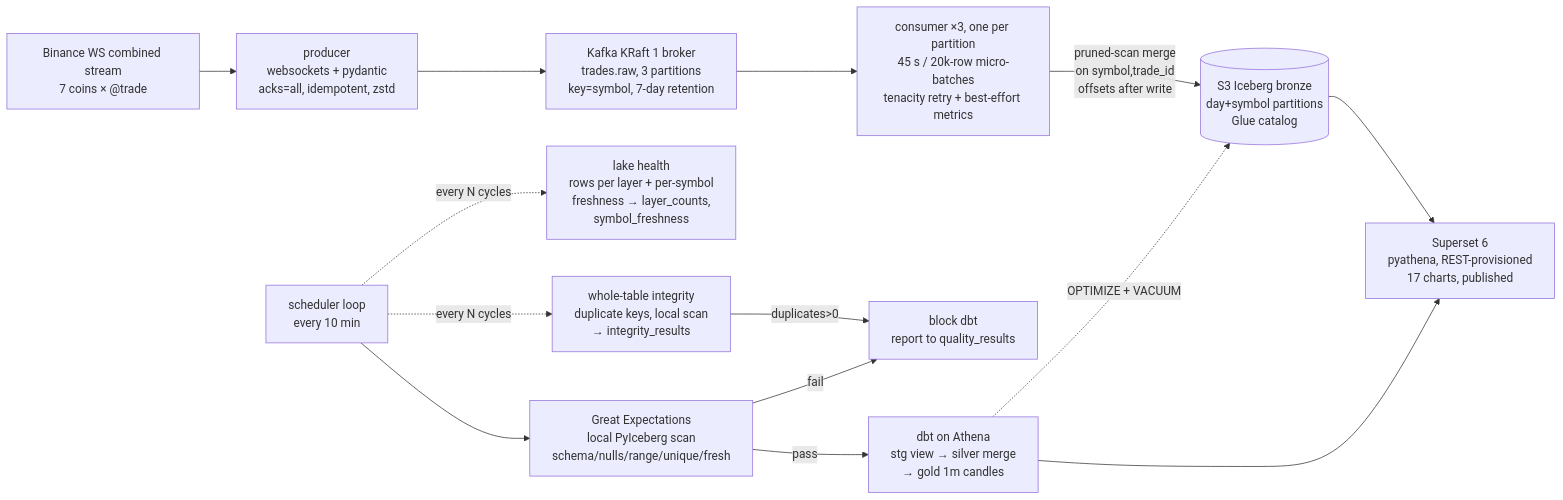
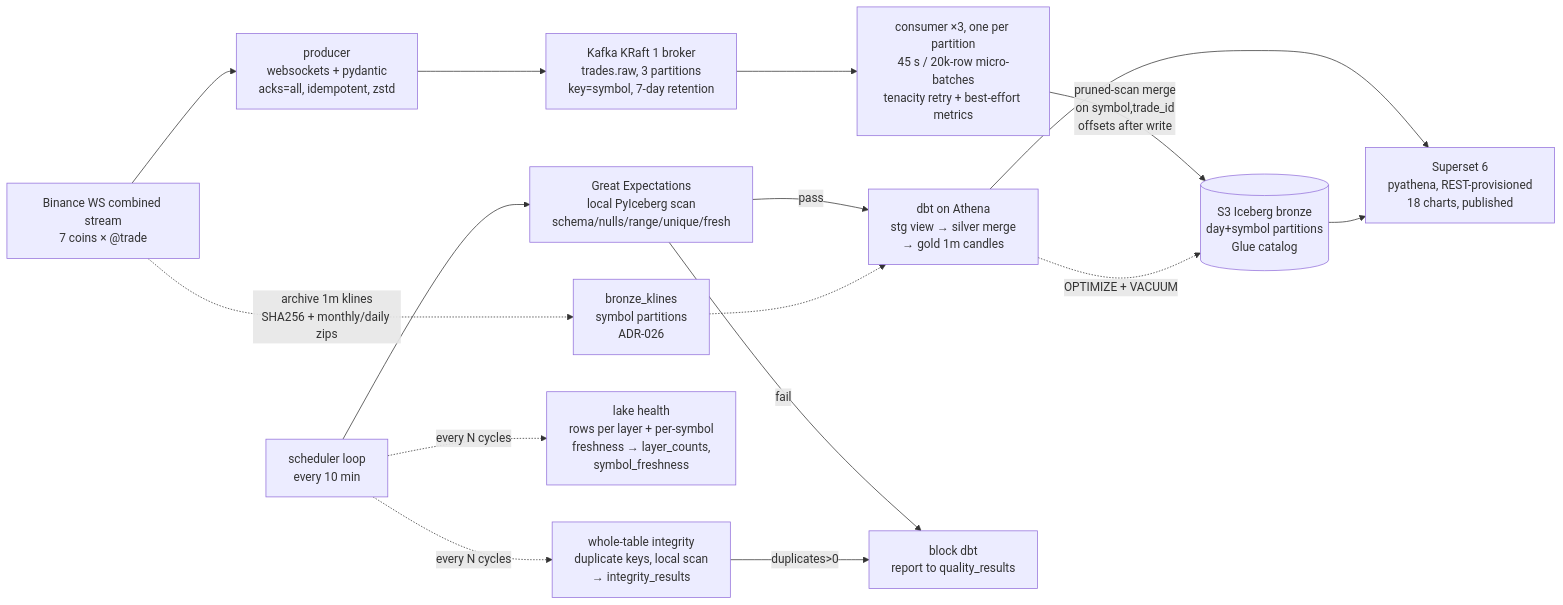
Before and after one commit to Danselem/tickstream: the diagram in docs/architecture.md, drawn with Mermaid. The commit also changed other lines of this file and 20 other files, not shown here.

````diff
--- a/docs/architecture.md
+++ b/docs/architecture.md
@@ -3,16 +3,18 @@
 ```mermaid
 flowchart LR
     BIN[Binance WS combined stream<br/>7 coins × @trade] --> PROD[producer<br/>websockets + pydantic<br/>acks=all, idempotent, zstd]
     PROD --> KAFKA[Kafka KRaft 1 broker<br/>trades.raw, 3 partitions<br/>key=symbol, 7-day retention]
     KAFKA --> CONS[consumer ×3, one per partition<br/>45 s / 20k-row micro-batches<br/>tenacity retry + best-effort metrics]
     CONS -->|pruned-scan merge<br/>on symbol,trade_id<br/>offsets after write| S3[(S3 Iceberg bronze<br/>day+symbol partitions<br/>Glue catalog)]
     SCHED[scheduler loop<br/>every 10 min] --> GX[Great Expectations<br/>local PyIceberg scan<br/>schema/nulls/range/unique/fresh]
     GX -->|pass| DBT[dbt on Athena<br/>stg view → silver merge<br/>→ gold 1m candles]
     GX -->|fail| BLOCK[block dbt<br/>report to quality_results]
     SCHED -.->|every N cycles| INT[whole-table integrity<br/>duplicate keys, local scan<br/>→ integrity_results]
     INT -->|duplicates>0| BLOCK
     SCHED -.->|every N cycles| HLTH[lake health<br/>rows per layer + per-symbol<br/>freshness → layer_counts,<br/>symbol_freshness]
-    DBT --> SUP[Superset 6<br/>pyathena, REST-provisioned<br/>17 charts, published]
+    BIN -.->|archive 1m klines<br/>SHA256 + monthly/daily zips| BF[bronze_klines<br/>symbol partitions<br/>ADR-026]
+    BF -.-> DBT
+    DBT --> SUP[Superset 6<br/>pyathena, REST-provisioned<br/>18 charts, published]
     S3 --> SUP
     DBT -.->|OPTIMIZE + VACUUM| S3
 ```
````
